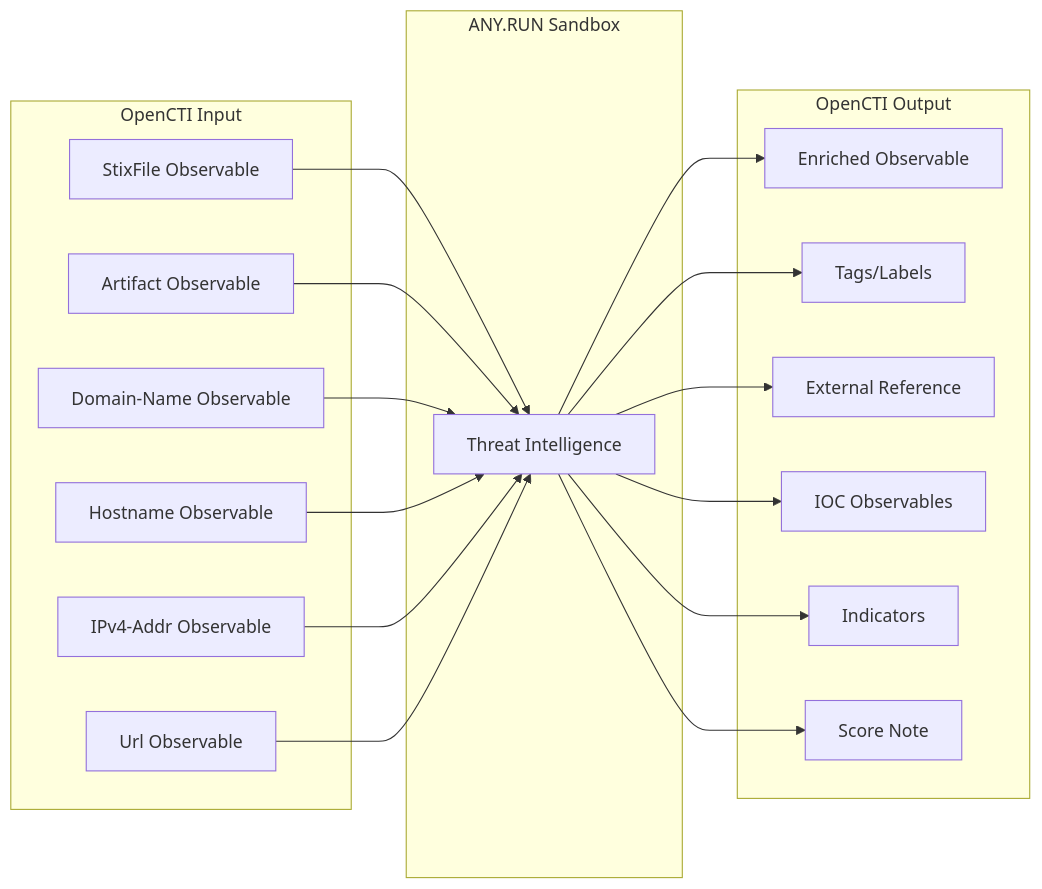
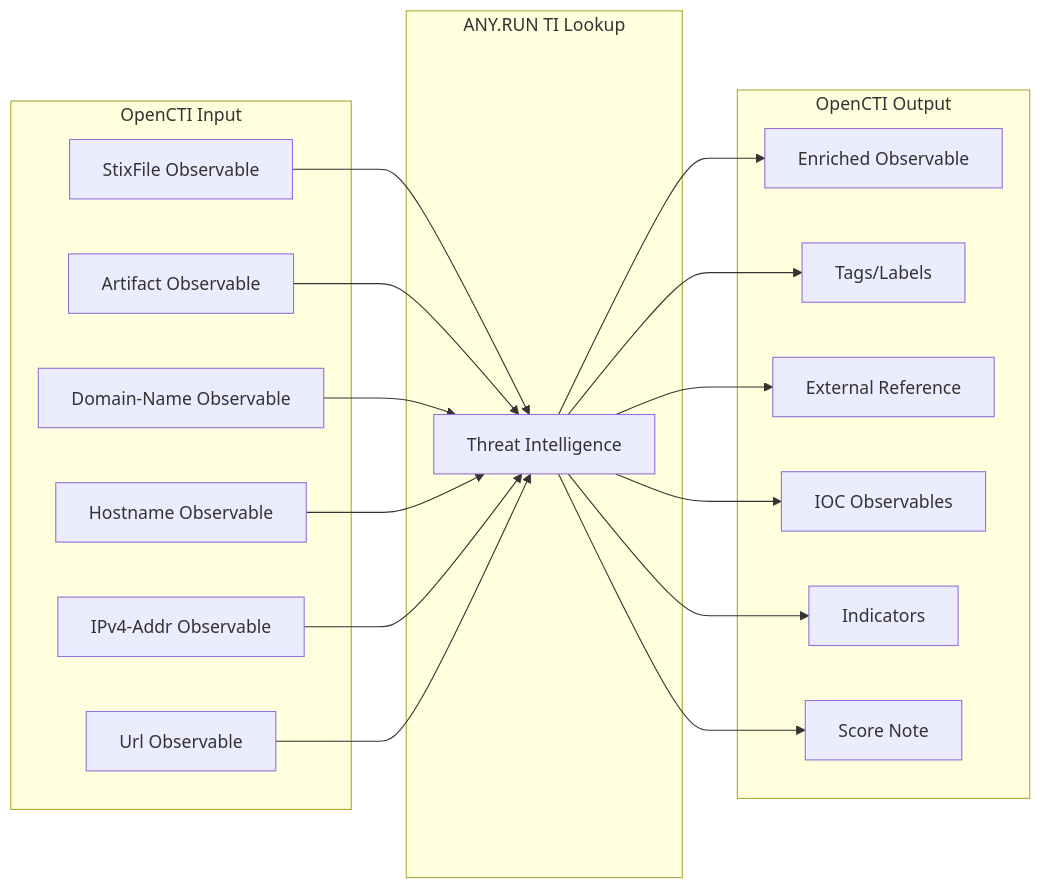
The diagram in internal-enrichment/anyrun-lookup/README.md (semayellow/OpenCTI-integration), drawn with Mermaid before and after one commit. The commit also changed other lines of this file and 2 other files, not shown here.

````diff
--- a/internal-enrichment/anyrun-lookup/README.md
+++ b/internal-enrichment/anyrun-lookup/README.md
@@ -175,39 +175,39 @@
 ```mermaid
 graph LR
     subgraph OpenCTI Input
         StixFile[StixFile Observable]
         Artifact[Artifact Observable]
         Domain-Name[Domain-Name Observable]
         Hostname[Hostname Observable]
         IPv4-Addr[IPv4-Addr Observable]
         Url[Url Observable]
         
     end
 
-    subgraph ANY.RUN Sandbox
+    subgraph ANY.RUN TI Lookup
         Intelligence[Threat Intelligence]
     end
 
     subgraph OpenCTI Output
         EnrichedObs[Enriched Observable]
         Labels[Tags/Labels]
         ExtRef[External Reference]
         IOCs[IOC Observables]
         Indicators[Indicators]
         Note[Score Note]
     end
 
     StixFile --> Intelligence
     Artifact --> Intelligence
     Domain-Name --> Intelligence
     Hostname --> Intelligence
     IPv4-Addr --> Intelligence
     Url --> Intelligence
     Intelligence --> EnrichedObs
     Intelligence --> Labels
     Intelligence --> ExtRef
     Intelligence --> IOCs
     Intelligence --> Indicators
     Intelligence --> Note
 
 ```
````
